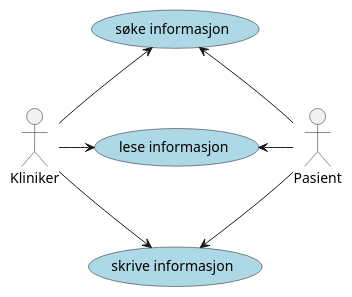
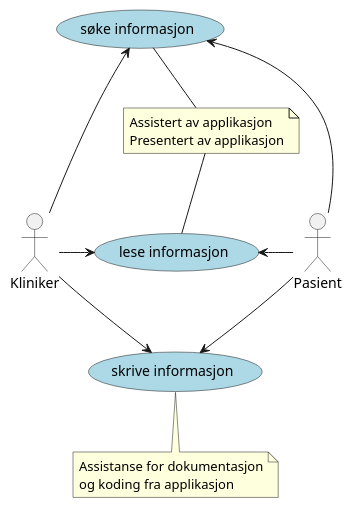
The diagram in docs/images-source/API-brukerhistorie.puml (HL7Norway/best-practice), drawn with PlantUML before and after one commit.

Commit message:
use-case oppdatering

```diff
--- a/docs/images-source/API-brukerhistorie.puml
+++ b/docs/images-source/API-brukerhistorie.puml
@@ -1,27 +1,41 @@
 @startuml
 
+note "Assistert av applikasjon\nPresentert av applikasjon" as app
+'note "Presentert av applikasjon" as presentasjon
+note "Assistanse for dokumentasjon\nog koding fra applikasjon" as dokumentasjon
+
 "Kliniker" as kliniker
+'rectangle "test" as rect {
 "søke informasjon" as (søke) #lightblue
 "lese informasjon" as (lese) #lightblue
+(søke) -down[hidden]- (lese)
+'}
 actor "Pasient" as pasient 
 '[API] as api
 "skrive informasjon" as (skrive) #lightblue
 
 'kliniker -[hidden]right- api
 'api -[hidden]right- pasient
 
 kliniker -up-> søke
 søke <-down- pasient
 
-kliniker -> (lese)
-(lese) <- pasient
+kliniker -right-> (lese)
+(lese) <-right- pasient
 kliniker -down-> (skrive)
 
 'pasient -left-> lese
 'pasient -[hidden]left-> skrive
 pasient -down-> skrive
 
+(søke) -down- app
+app -down- (lese)
+'(lese) -right- app
+'app -down- pasient
+skrive -down- dokumentasjon
+'lese -down- presentasjon
+
 'api .up. lese
 'api .down. skrive
 
 @enduml
```
